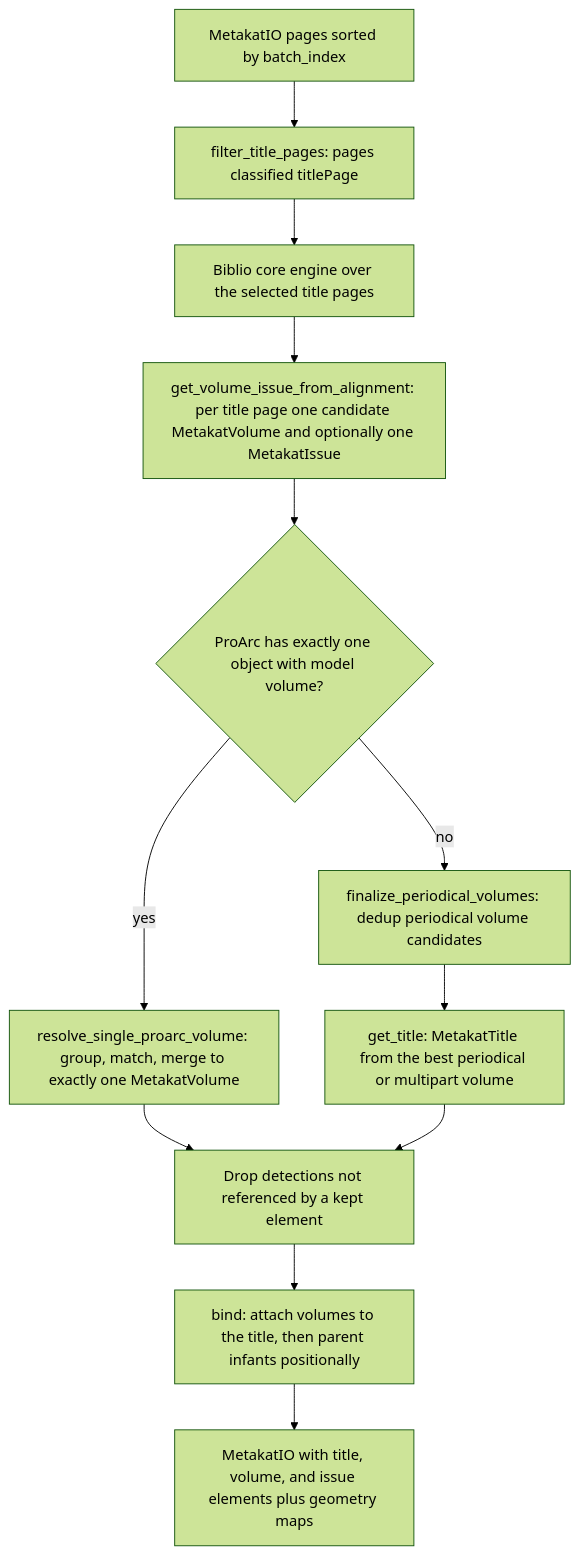
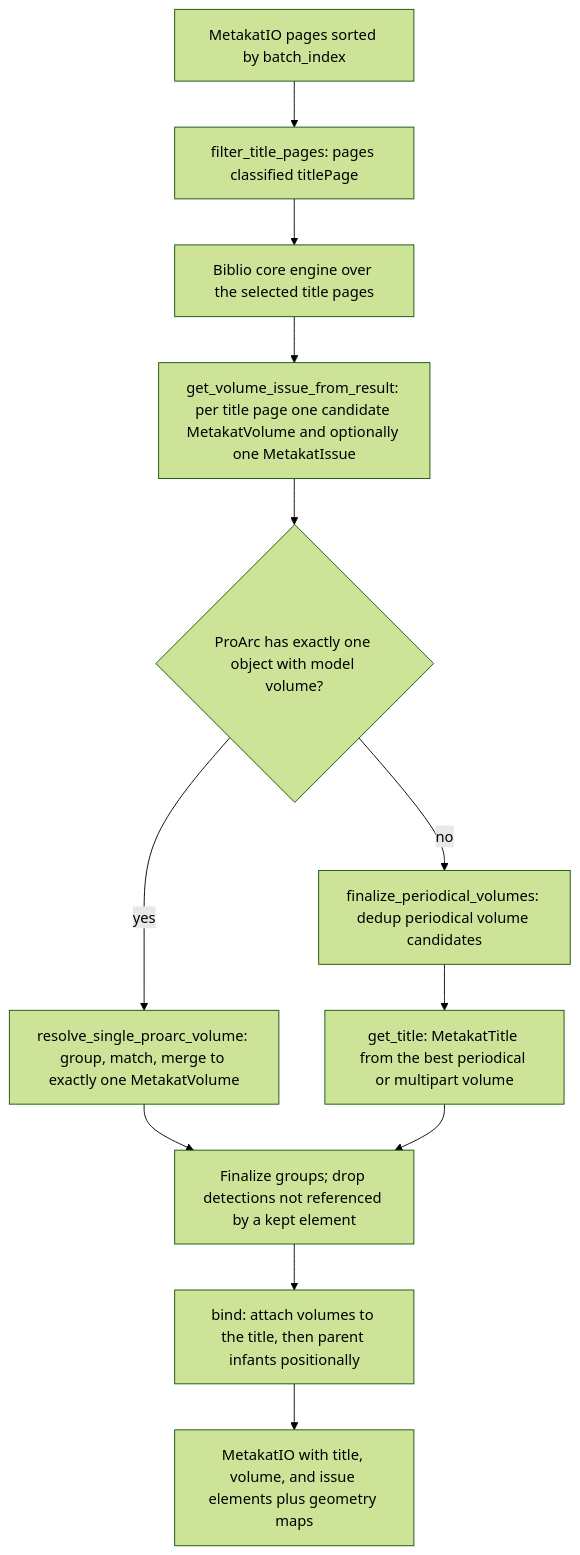
Before and after one commit to DCGM/MetaKat: the second of 3 diagrams in metakat/biblio/README.md, drawn with Mermaid (forest theme). The commit also changed other lines of this file and 6 other files, not shown here.

First line of the commit message:
Give the biblio core a MetaKat-owned contract that reads and groups each page

````diff
--- a/metakat/biblio/README.md
+++ b/metakat/biblio/README.md
@@ -353,19 +416,19 @@
 ```mermaid
 flowchart TD
     A[MetakatIO pages sorted by batch_index]
     B[filter_title_pages: pages classified titlePage]
     C[Biblio core engine over the selected title pages]
-    D[get_volume_issue_from_alignment: per title page one candidate MetakatVolume and optionally one MetakatIssue]
+    D[get_volume_issue_from_result: per title page one candidate MetakatVolume and optionally one MetakatIssue]
     E{ProArc has exactly one object with model volume?}
     F[resolve_single_proarc_volume: group, match, merge to exactly one MetakatVolume]
     G[finalize_periodical_volumes: dedup periodical volume candidates]
     H[get_title: MetakatTitle from the best periodical or multipart volume]
-    I[Drop detections not referenced by a kept element]
+    I[Finalize groups; drop detections not referenced by a kept element]
     J[bind: attach volumes to the title, then parent infants positionally]
     K[MetakatIO with title, volume, and issue elements plus geometry maps]
 
     A --> B --> C --> D --> E
     E -- yes --> F --> I
     E -- no --> G --> H --> I
     I --> J --> K
 ```
````
